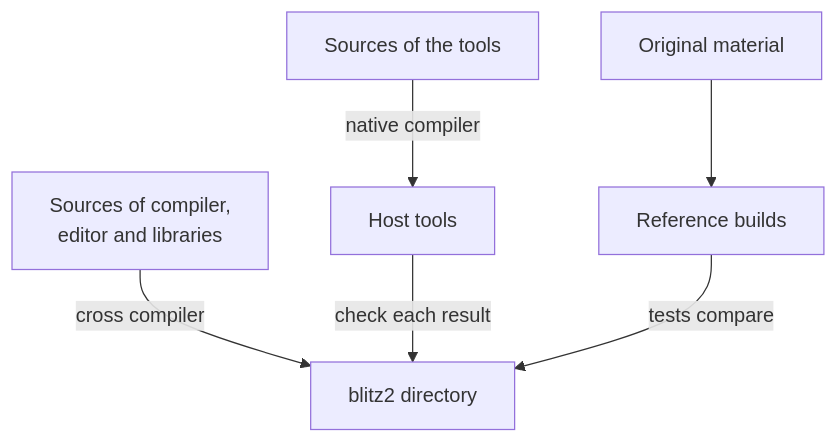
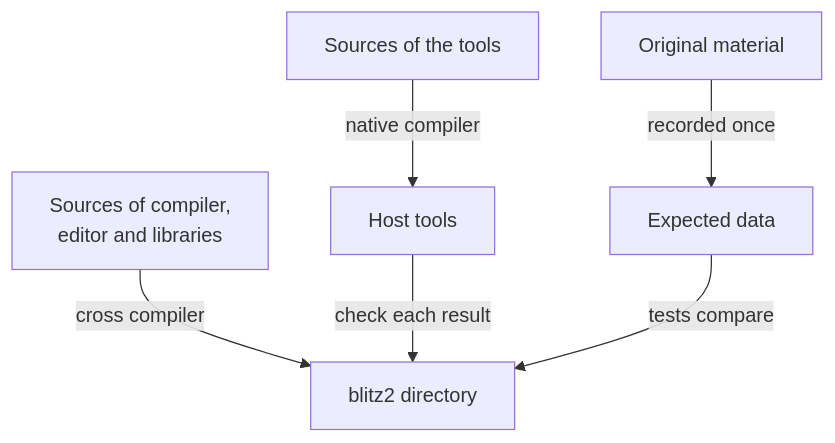
The diagram in site/content/docs/project-structure/_index.md (fubar-coder/bb2-c), drawn with Mermaid before and after one commit. The commit also changed other lines of this file and 9 other files, not shown here.

````diff
--- a/site/content/docs/project-structure/_index.md
+++ b/site/content/docs/project-structure/_index.md
@@ -19,8 +19,8 @@
 ```mermaid
 flowchart TB
   S["Sources of compiler,<br/>editor and libraries"] -->|cross compiler| B["blitz2 directory"]
   H["Sources of the tools"] -->|native compiler| T["Host tools"]
   T -->|check each result| B
-  O["Original material"] --> R["Reference builds"]
+  O["Original material"] -->|recorded once| R["Expected data"]
   R -->|tests compare| B
 ```
````
